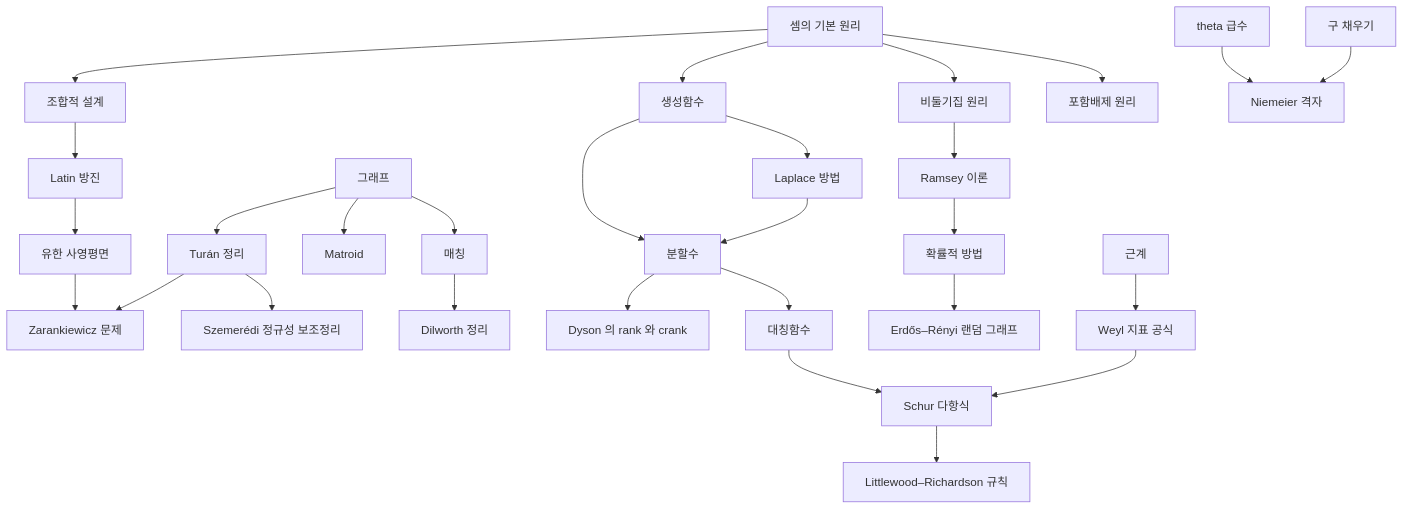
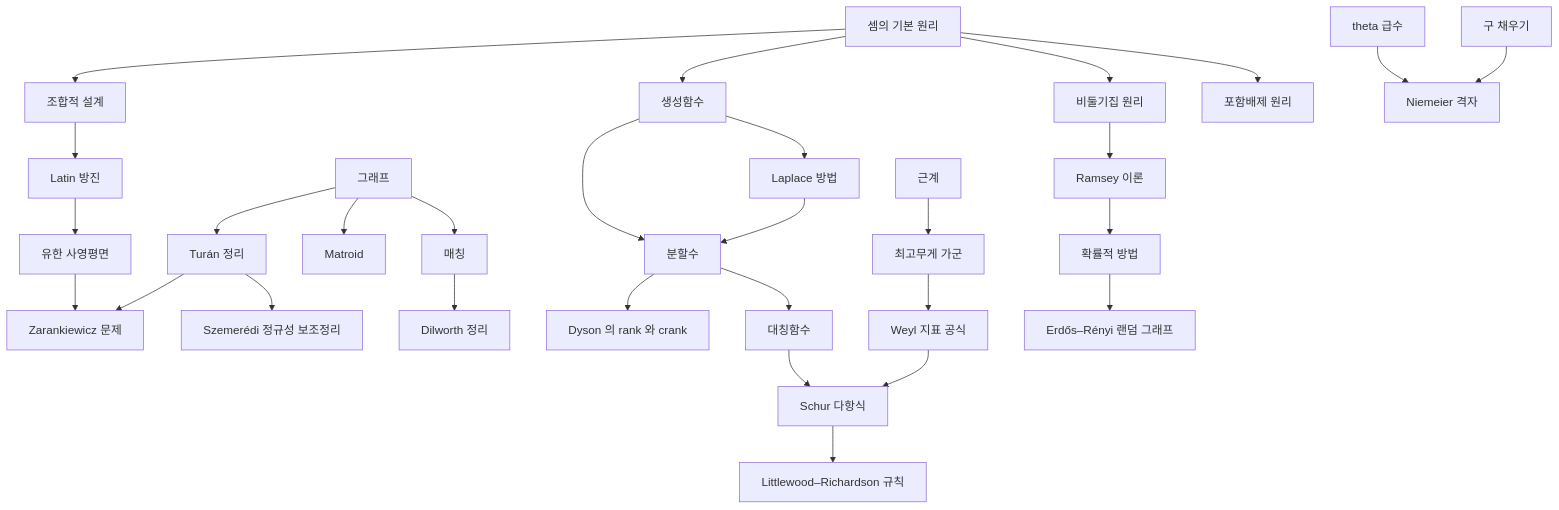
One commit to Phryxia/math-map changed the diagram in docs/combinatorics-overview.md. Above: the diagram before and after it, drawn with Mermaid. The commit also changed 1 other file, not shown here.

Commit message:
route the two overview map arrows that were not edges through highest-weight-modules and ramification-groups (queue 10faad30)
Claude-Session: https://claude.ai/code/session_017nRpZTYLZNct4KuQ1sELf4

````diff
--- a/docs/combinatorics-overview.md
+++ b/docs/combinatorics-overview.md
@@ -11,21 +11,21 @@
 ```mermaid
 graph TD
   CP["셈의 기본 원리"] --> IE["포함배제 원리"]
   CP --> PH["비둘기집 원리"]
   CP --> GF["생성함수"]
   CP --> BD["조합적 설계"]
   GF --> LM["Laplace 방법"] --> PT["분할수"]
   GF --> PT
   PT --> SF["대칭함수"] --> SP["Schur 다항식"]
   PT --> DR["Dyson 의 rank 와 crank"]
   GR["그래프"] --> MT["매칭"] --> DL["Dilworth 정리"]
   GR --> MD["Matroid"]
   GR --> TU["Turán 정리"] --> SZ["Szemerédi 정규성 보조정리"]
   PH --> RM["Ramsey 이론"] --> PM["확률적 방법"] --> ER["Erdős–Rényi 랜덤 그래프"]
   BD --> LS["Latin 방진"] --> FP["유한 사영평면"] --> ZK["Zarankiewicz 문제"]
   TU --> ZK
-  RS["근계"] --> WC["Weyl 지표 공식"] --> SP
+  RS["근계"] --> HW["최고무게 가군"] --> WC["Weyl 지표 공식"] --> SP
   SP --> LR["Littlewood–Richardson 규칙"]
   SPK["구 채우기"] --> NM["Niemeier 격자"]
   TS["theta 급수"] --> NM
 ```
````
